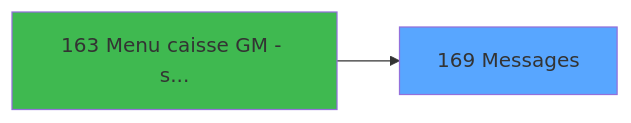
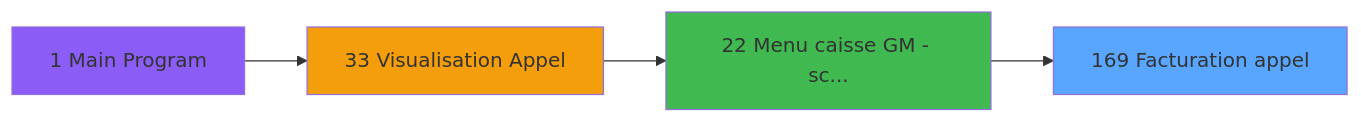
The second of 3 diagrams in .openspec/specs/ADH-IDE-169.md (thonyAGP/magic-migration), drawn with Mermaid before and after one commit. The commit also changed other lines of this file and 311 other files, not shown here.

````diff
--- a/.openspec/specs/ADH-IDE-169.md
+++ b/.openspec/specs/ADH-IDE-169.md
@@ -721,8 +366,14 @@
 ```mermaid
 graph LR
-    T169[169 Messages]
+    T169[169 Facturation appel]
     style T169 fill:#58a6ff
-    CALLER163[163 Menu caisse GM - s...]
-    CALLER163 --> T169
-    style CALLER163 fill:#3fb950
+    CC1[1 Main Program]
+    style CC1 fill:#8b5cf6
+    CC33[33 Visualisation Appel]
+    style CC33 fill:#f59e0b
+    CC22[22 Menu caisse GM - sc...]
+    style CC22 fill:#3fb950
+    CC33 --> CC22
+    CC1 --> CC33
+    CC22 --> T169
 ```
````
